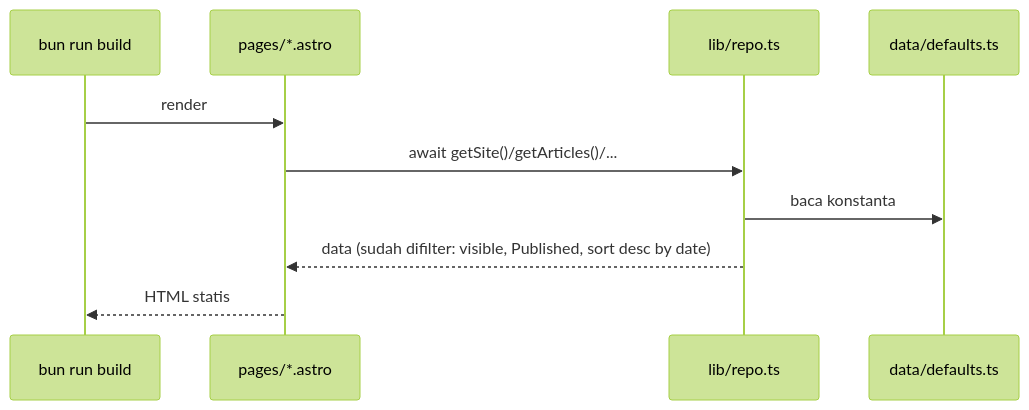
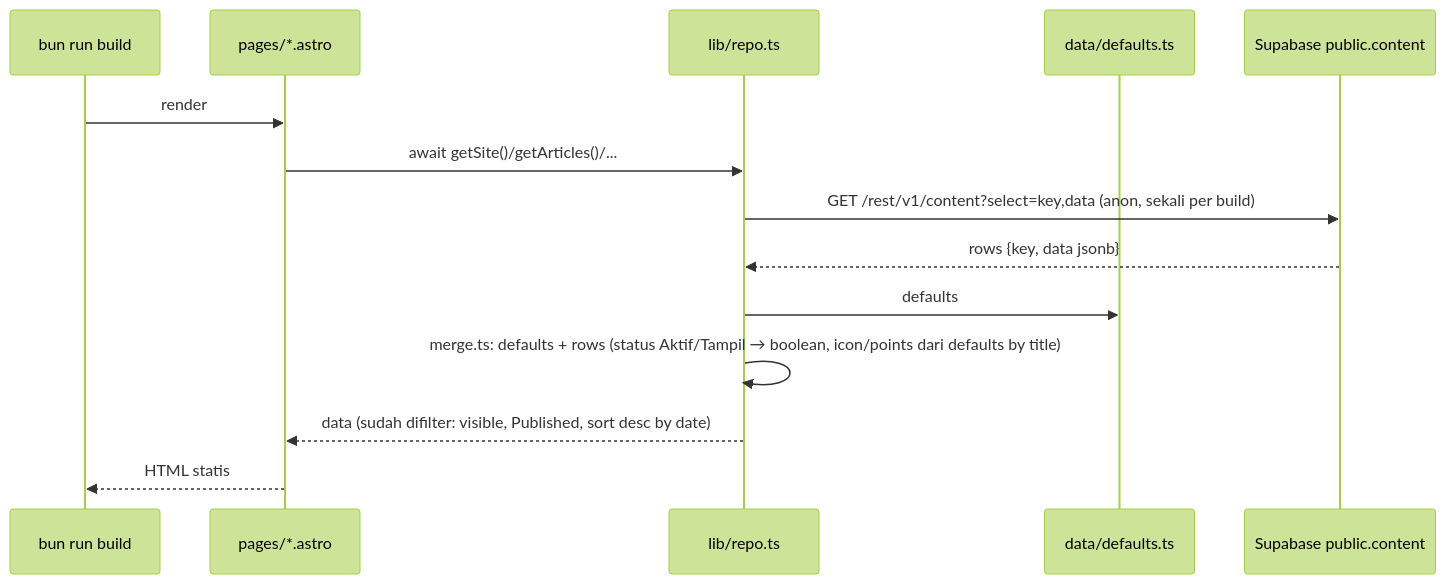
The second of 3 diagrams in README.md (web-alf/jagatrip-cms), drawn with Mermaid (forest theme) before and after one commit. The commit also changed other lines of this file and 7 other files, not shown here.

````diff
--- a/README.md
+++ b/README.md
@@ -147,12 +148,16 @@
 ```mermaid
 sequenceDiagram
   participant B as bun run build
   participant P as pages/*.astro
   participant R as lib/repo.ts
   participant D as data/defaults.ts
+  participant S as Supabase public.content
   B->>P: render
   P->>R: await getSite()/getArticles()/...
-  R->>D: baca konstanta
+  R->>S: GET /rest/v1/content?select=key,data (anon, sekali per build)
+  S-->>R: rows {key, data jsonb}
+  R->>D: defaults
+  R->>R: merge.ts: defaults + rows (status Aktif/Tampil → boolean, icon/points dari defaults by title)
   R-->>P: data (sudah difilter: visible, Published, sort desc by date)
   P-->>B: HTML statis
 ```
````
